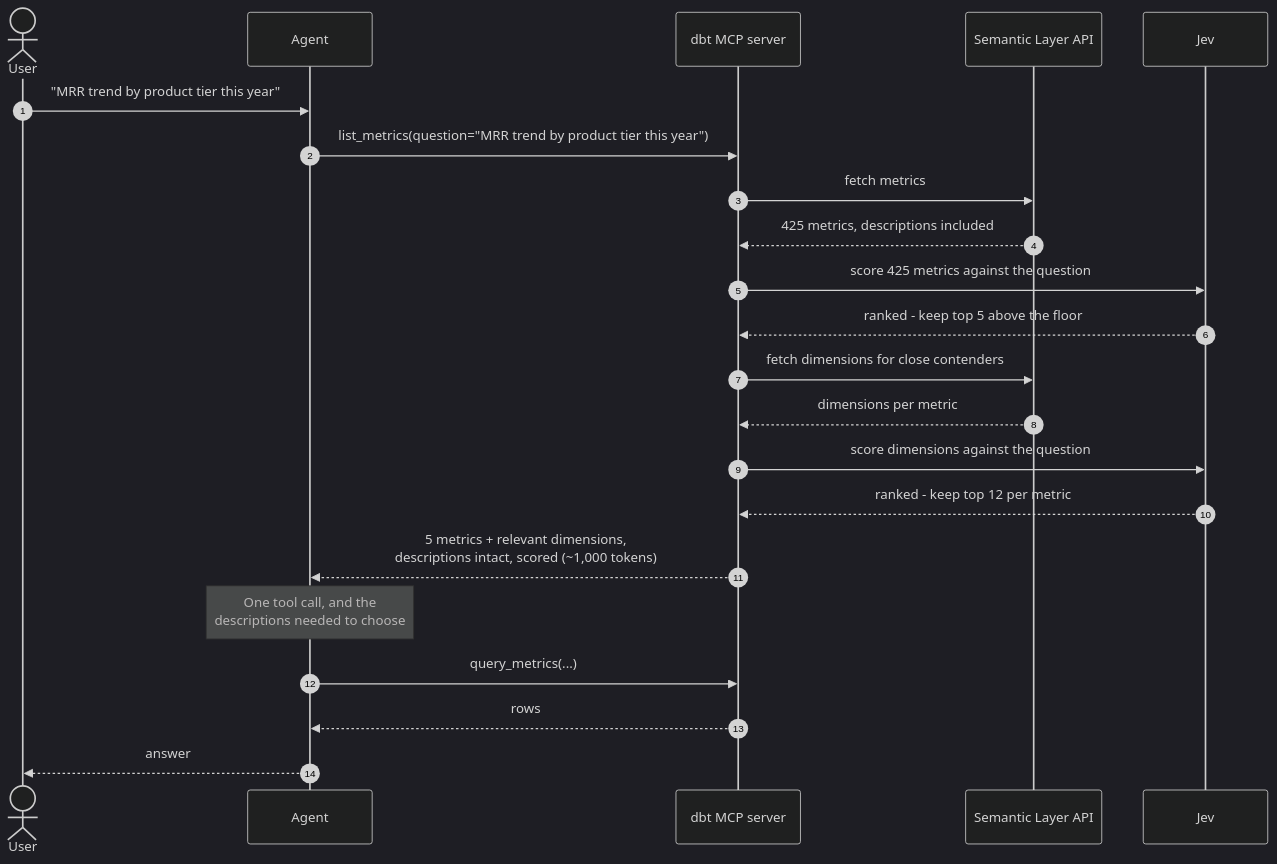
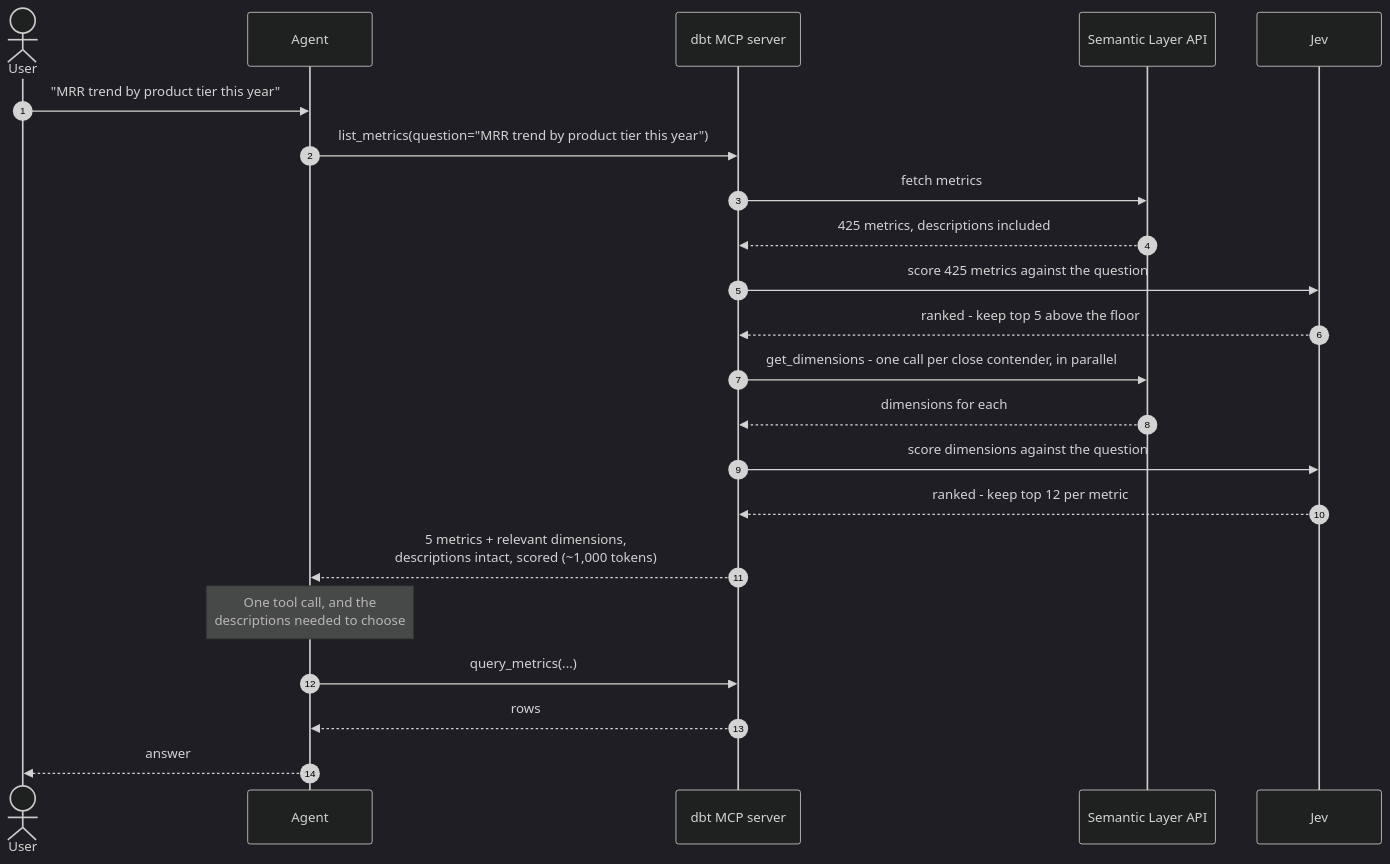
Before and after one commit to dbt-labs/dbt-mcp: the second of 3 diagrams in docs/jev-relevance-filtering.md, drawn with Mermaid (dark theme). The commit also changed other lines of this file, not shown here.

First line of the commit message:
Clarify how dimensions are fetched in the docs

````diff
--- a/docs/jev-relevance-filtering.md
+++ b/docs/jev-relevance-filtering.md
@@ -75,25 +75,25 @@
 ```mermaid
 sequenceDiagram
     autonumber
     actor U as User
     participant A as Agent
     participant M as dbt MCP server
     participant SL as Semantic Layer API
     participant J as Jev
 
     U->>A: "MRR trend by product tier this year"
     A->>M: list_metrics(question="MRR trend by product tier this year")
     M->>SL: fetch metrics
     SL-->>M: 425 metrics, descriptions included
     M->>J: score 425 metrics against the question
     J-->>M: ranked - keep top 5 above the floor
-    M->>SL: fetch dimensions for close contenders
-    SL-->>M: dimensions per metric
+    M->>SL: get_dimensions - one call per close contender, in parallel
+    SL-->>M: dimensions for each
     M->>J: score dimensions against the question
     J-->>M: ranked - keep top 12 per metric
     M-->>A: 5 metrics + relevant dimensions,<br/>descriptions intact, scored (~1,000 tokens)
     Note over A: One tool call, and the<br/>descriptions needed to choose
     A->>M: query_metrics(...)
     M-->>A: rows
     A-->>U: answer
 ```
````
